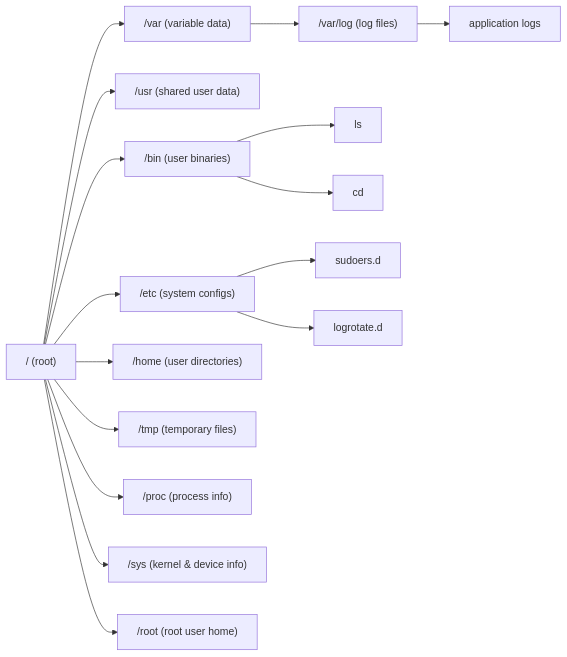
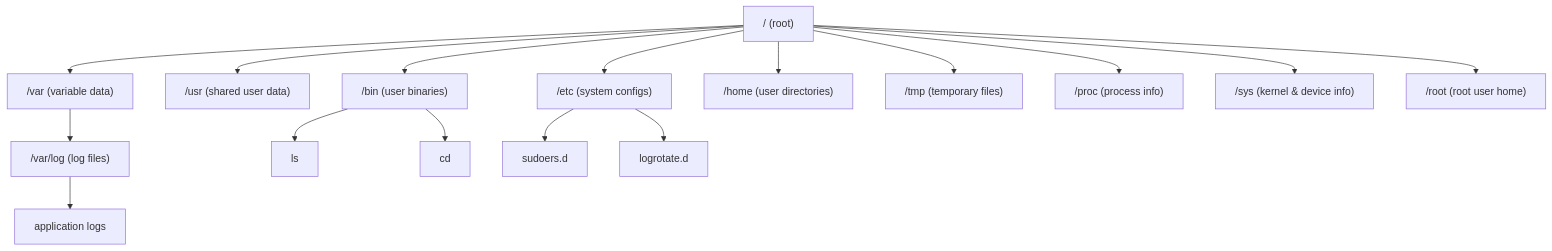
The diagram in labs/1.1-file-navigation.md (blanco-pipelines/plat-eng), drawn with Mermaid before and after one commit.

Commit message:
Change graph direction from LR to TD

````diff
--- a/labs/1.1-file-navigation.md
+++ b/labs/1.1-file-navigation.md
@@ -135,28 +135,28 @@
    ```mermaid
-   graph LR
+   graph TD
        ROOT["/ (root)"]
        ROOT --> BIN["/bin (user binaries)"]
        ROOT --> USR["/usr (shared user data)"]
        ROOT --> VAR["/var (variable data)"]
        ROOT --> ETC["/etc (system configs)"]
        ROOT --> HOME["/home (user directories)"]
        ROOT --> TMP["/tmp (temporary files)"]
        ROOT --> PROC["/proc (process info)"]
        ROOT --> SYS["/sys (kernel & device info)"]
        ROOT --> ROOTUSR["/root (root user home)"]
    
        VAR --> LOG["/var/log (log files)"]
        LOG --> APPLOGS["application logs"]
    
        BIN --> LS["ls"]
        BIN --> CD["cd"]
    
        ETC --> SUDO["sudoers.d"]
        ETC --> LOGROTATE["logrotate.d"]
 
    
 
        
 
 
    ```
````
